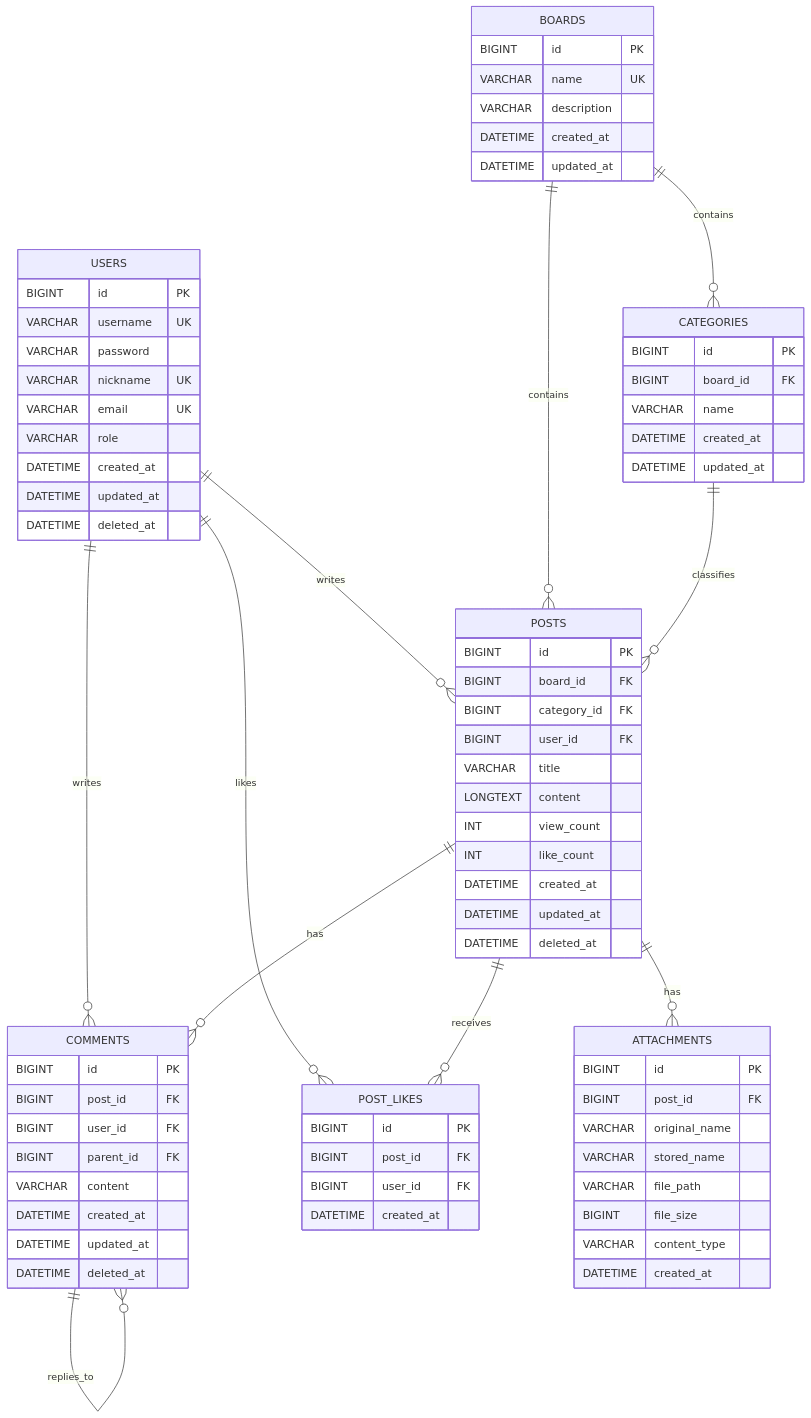
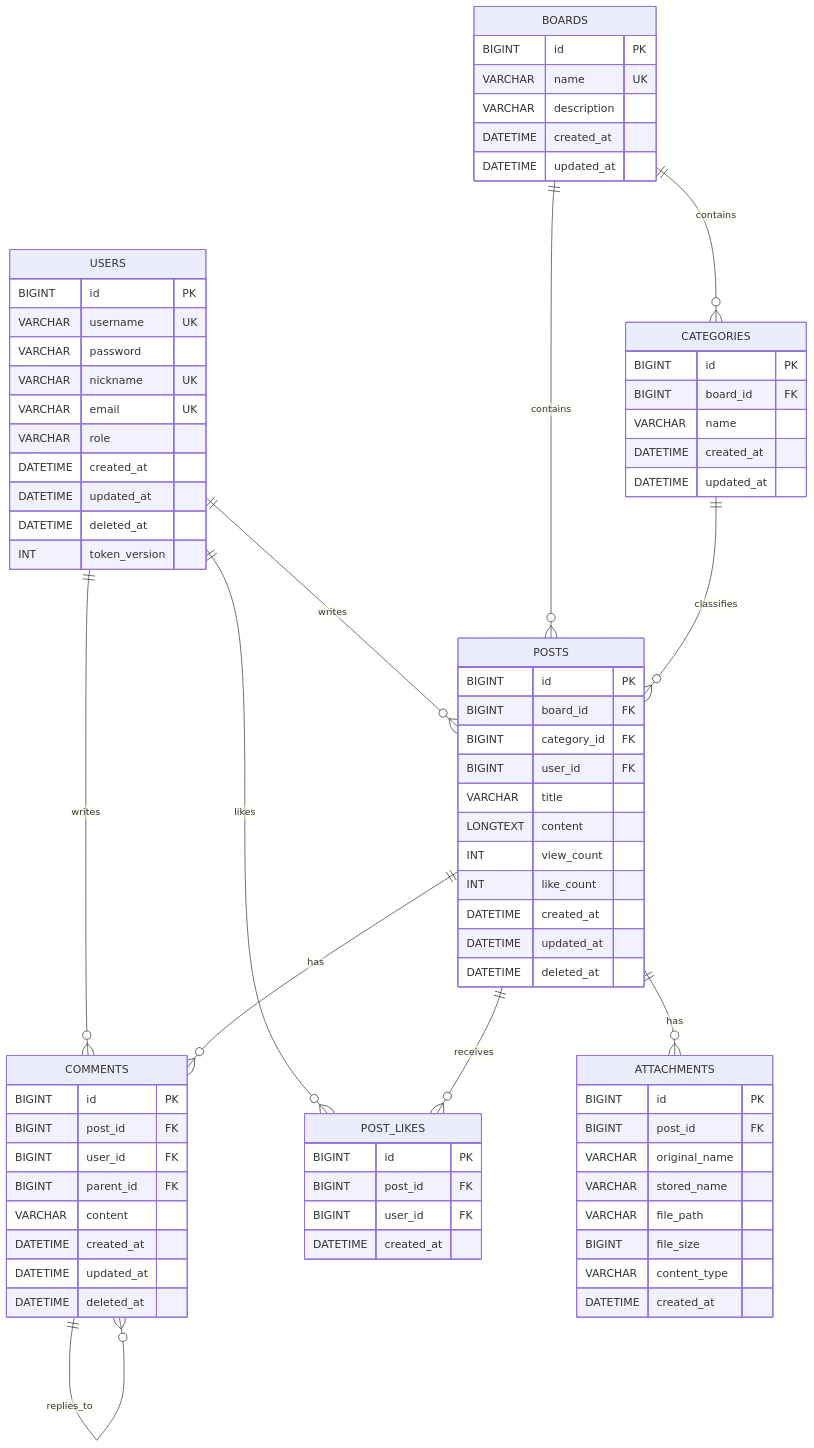
One commit to YoChan1017/Board_Project changed the diagram in db/erd/board-erd.md. Above: the diagram before and after it, drawn with Mermaid. The commit also changed other lines of this file and 5 other files, not shown here.

Commit message:
feat: 사용자 테이블에 token_version 추가 및 관련 문서 업데이트

```diff
--- a/db/erd/board-erd.md
+++ b/db/erd/board-erd.md
@@ -26,6 +26,7 @@
         DATETIME created_at
         DATETIME updated_at
         DATETIME deleted_at
+        INT token_version
     }
 
     BOARDS {
```
